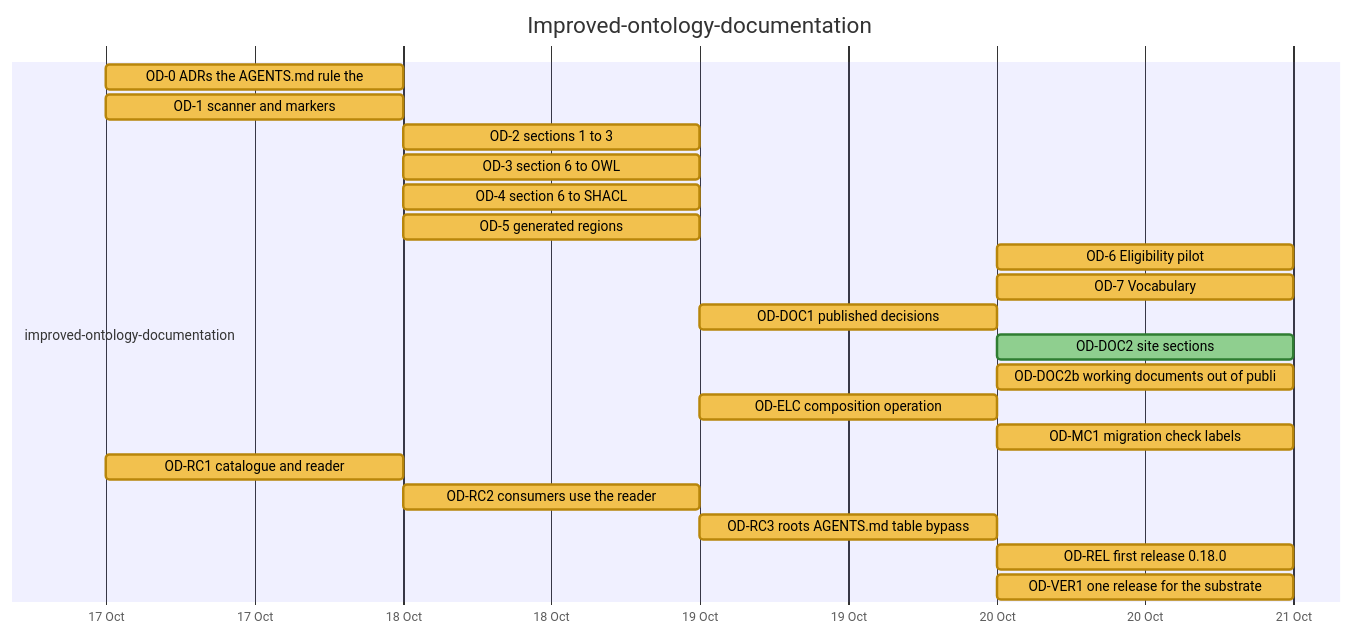
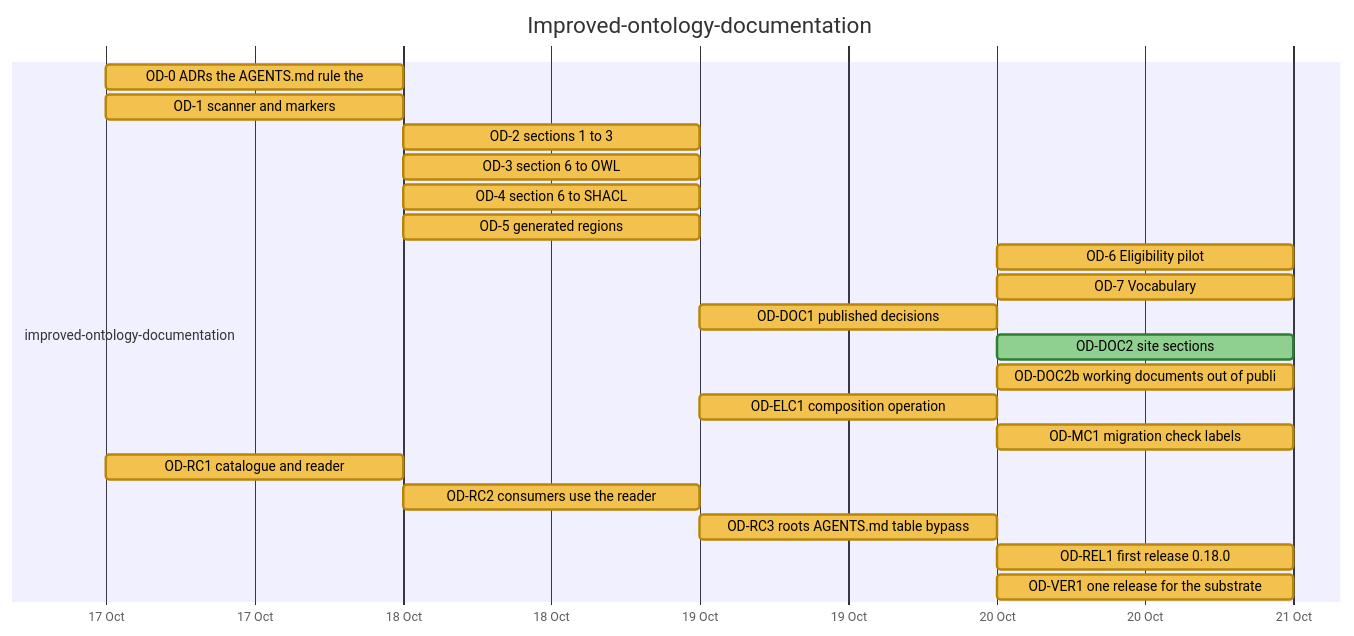
The eighth of 23 diagrams in docs/developer/ROADMAP.md (nebularis/lattice), drawn with Mermaid before and after one commit. The commit also changed other lines of this file, not shown here.

Commit message:
Update ROADMAP (post-merge hook changed)

````diff
--- a/docs/developer/ROADMAP.md
+++ b/docs/developer/ROADMAP.md
@@ -284,26 +284,26 @@
 ```mermaid
 %%{init: {"themeVariables": {"taskBkgColor": "#f2c14e", "taskBorderColor": "#b8860b", "taskTextColor": "#000000", "activeTaskBkgColor": "#4e9af1", "activeTaskBorderColor": "#1f5fbf", "activeTaskBorderColor": "#1f5fbf", "doneTaskBkgColor": "#8fcf8f", "doneTaskBorderColor": "#2f7d32", "critBkgColor": "#f28b82", "critBorderColor": "#b23a30", "taskTextDarkColor": "#000000", "taskTextLightColor": "#000000"}}}%%
 gantt
     title Improved-ontology-documentation
     dateFormat YYYY-MM-DD
     axisFormat %d %b
     section improved-ontology-documentation
     OD-0 ADRs the AGENTS.md rule the :od0, 2026-10-17, 2026-10-18
     OD-1 scanner and markers :od1, 2026-10-17, 2026-10-18
     OD-2 sections 1 to 3 :od2, 2026-10-18, 2026-10-19
     OD-3 section 6 to OWL :od3, 2026-10-18, 2026-10-19
     OD-4 section 6 to SHACL :od4, 2026-10-18, 2026-10-19
     OD-5 generated regions :od5, 2026-10-18, 2026-10-19
     OD-6 Eligibility pilot :od6, 2026-10-20, 2026-10-21
     OD-7 Vocabulary :od7, 2026-10-20, 2026-10-21
     OD-DOC1 published decisions :oddoc1, 2026-10-19, 2026-10-20
     OD-DOC2 site sections :done, oddoc2, 2026-10-20, 2026-10-21
     OD-DOC2b working documents out of publi :oddoc2b, 2026-10-20, 2026-10-21
-    OD-ELC composition operation :odelc, 2026-10-19, 2026-10-20
+    OD-ELC1 composition operation :odelc1, 2026-10-19, 2026-10-20
     OD-MC1 migration check labels :odmc1, 2026-10-20, 2026-10-21
     OD-RC1 catalogue and reader :odrc1, 2026-10-17, 2026-10-18
     OD-RC2 consumers use the reader :odrc2, 2026-10-18, 2026-10-19
     OD-RC3 roots AGENTS.md table bypass :odrc3, 2026-10-19, 2026-10-20
-    OD-REL first release 0.18.0 :odrel, 2026-10-20, 2026-10-21
+    OD-REL1 first release 0.18.0 :odrel1, 2026-10-20, 2026-10-21
     OD-VER1 one release for the substrate :odver1, 2026-10-20, 2026-10-21
 ```
````
